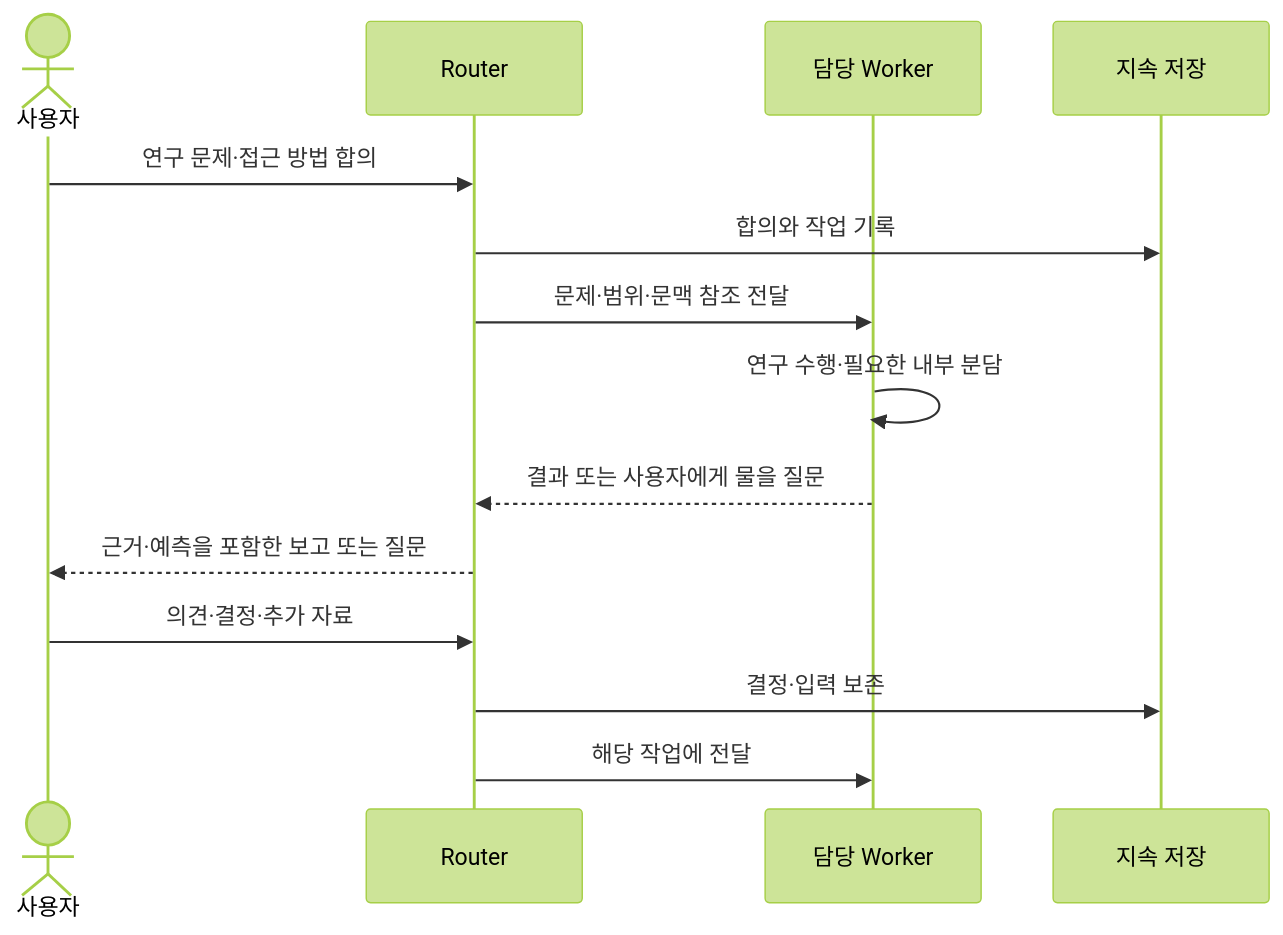
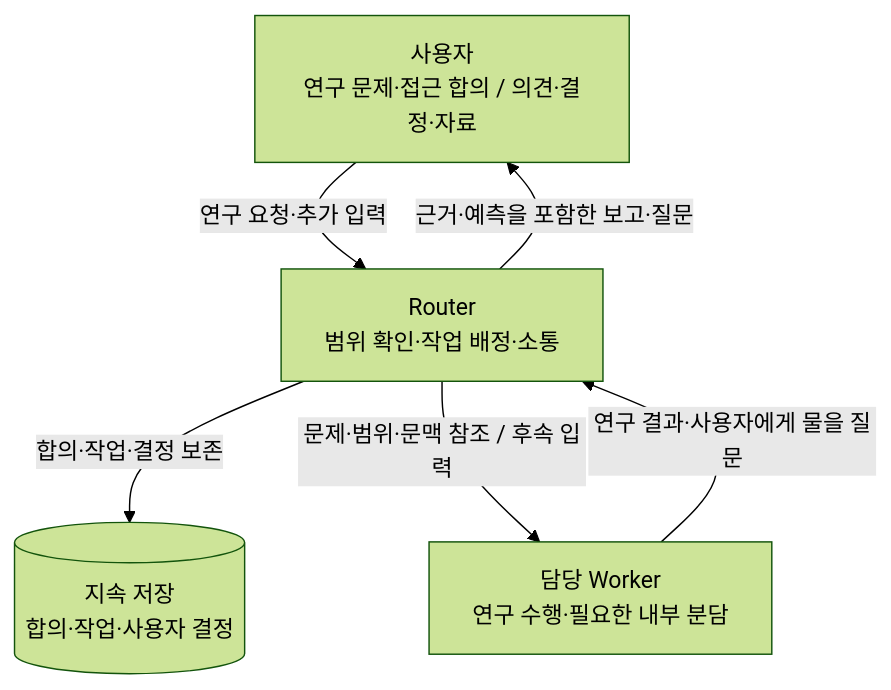
One commit to Rmayana/frontier-research-harness changed the second of 11 diagrams in docs/ARCHITECTURE.md. Above: the diagram before and after it, drawn with Mermaid (forest theme). The commit also changed other lines of this file, not shown here.

Commit message:
docs: convert architecture sequence and state diagrams to flowcharts

````diff
--- a/docs/ARCHITECTURE.md
+++ b/docs/ARCHITECTURE.md
@@ -96,16 +97,12 @@
 ```mermaid
-sequenceDiagram
-    actor U as 사용자
-    participant R as Router
-    participant W as 담당 Worker
-    participant S as 지속 저장
-    U->>R: 연구 문제·접근 방법 합의
-    R->>S: 합의와 작업 기록
-    R->>W: 문제·범위·문맥 참조 전달
-    W->>W: 연구 수행·필요한 내부 분담
-    W-->>R: 결과 또는 사용자에게 물을 질문
-    R-->>U: 근거·예측을 포함한 보고 또는 질문
-    U->>R: 의견·결정·추가 자료
-    R->>S: 결정·입력 보존
-    R->>W: 해당 작업에 전달
+flowchart TB
+    U["사용자<br/>연구 문제·접근 합의 / 의견·결정·자료"]
+    R["Router<br/>범위 확인·작업 배정·소통"]
+    W["담당 Worker<br/>연구 수행·필요한 내부 분담"]
+    S[("지속 저장<br/>합의·작업·사용자 결정")]
+    U -->|연구 요청·추가 입력| R
+    R -->|합의·작업·결정 보존| S
+    R -->|문제·범위·문맥 참조 / 후속 입력| W
+    W -->|연구 결과·사용자에게 물을 질문| R
+    R -->|근거·예측을 포함한 보고·질문| U
 ```
````
